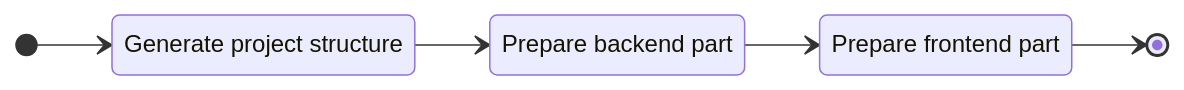
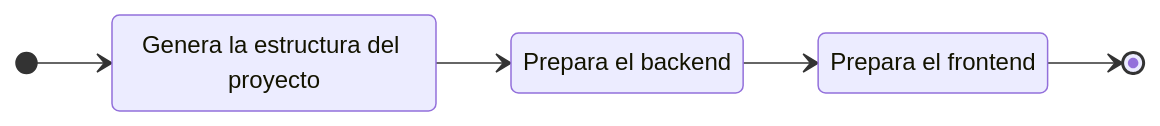
One commit to gowebly/docs changed the diagram in docs/es/complete-user-guide/create-new-project.md. Above: the diagram before and after it, drawn with Mermaid. The commit also changed other lines of this file and 14 other files, not shown here.

````diff
--- a/docs/es/complete-user-guide/create-new-project.md
+++ b/docs/es/complete-user-guide/create-new-project.md
@@ -129,11 +129,11 @@
 ```mermaid
 stateDiagram-v2
-    Structure: Generate project structure
-    Backend: Prepare backend part
-    Frontend: Prepare frontend part
+    Structure: Genera la estructura del proyecto
+    Backend: Prepara el backend
+    Frontend: Prepara el frontend
     direction LR
     [*] --> Structure
     Structure --> Backend
     Backend --> Frontend
     Frontend --> [*]
 ```
````
